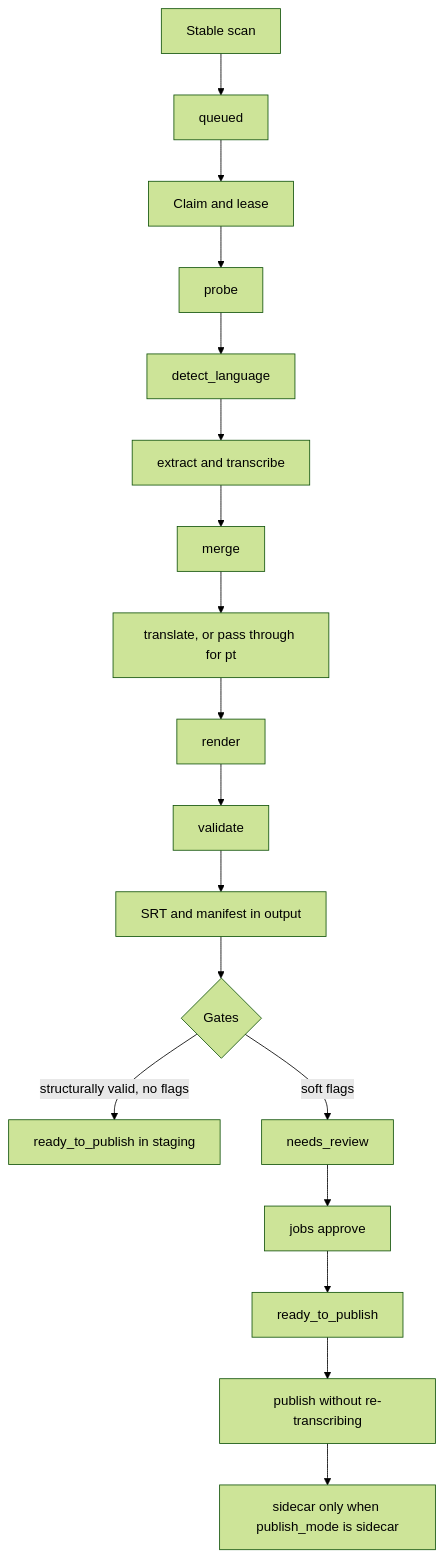
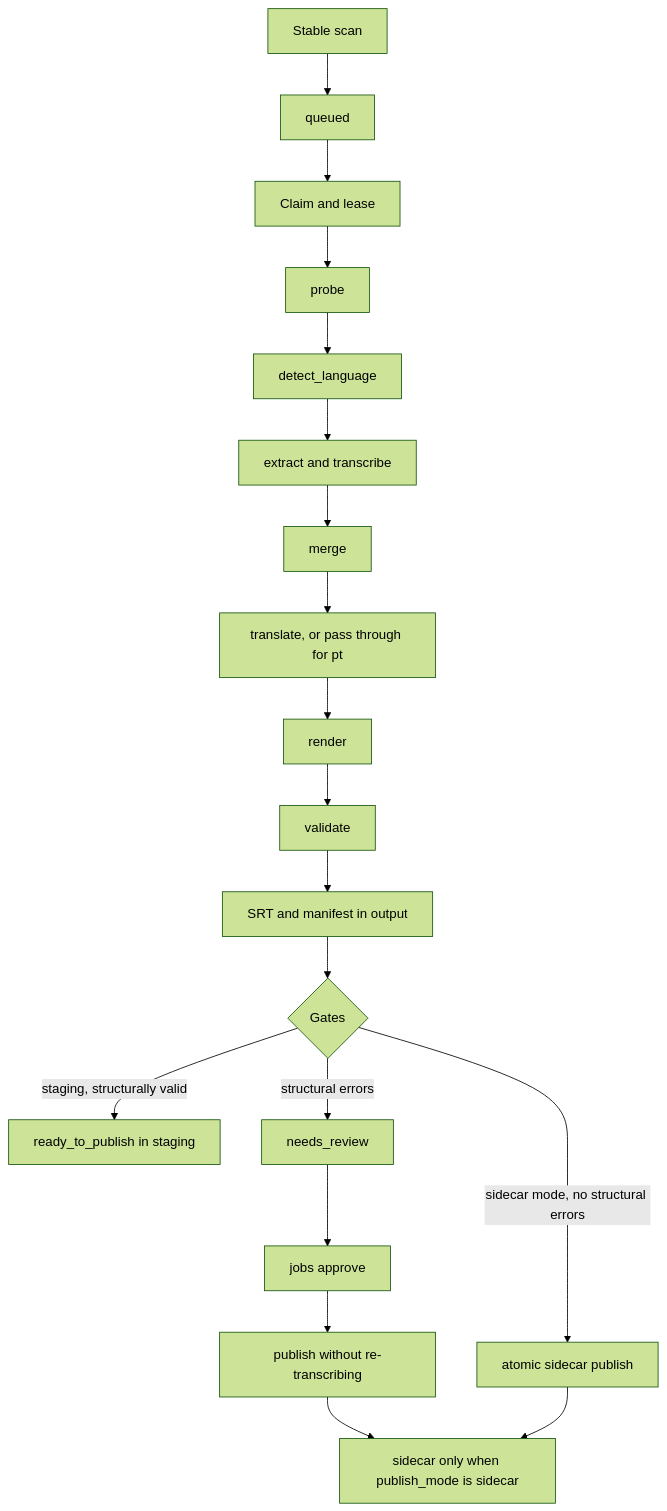
One commit to M-Guimaraes/subtitles changed the diagram in docs/architecture.md. Above: the diagram before and after it, drawn with Mermaid (forest theme). The commit also changed other lines of this file and 21 other files, not shown here.

First line of the commit message:
Turn the existing worker into a zero-touch daemon with sidecar publish.

````diff
--- a/docs/architecture.md
+++ b/docs/architecture.md
@@ -12,20 +12,21 @@
 ```mermaid
 flowchart TD
   scan[Stable scan] --> queued[queued]
   queued --> claim[Claim and lease]
   claim --> probe[probe]
   probe --> detect[detect_language]
   detect --> chunks[extract and transcribe]
   chunks --> merge[merge]
   merge --> translate[translate, or pass through for pt]
   translate --> render[render]
   render --> validate[validate]
   validate --> staging[SRT and manifest in output]
   staging --> review{Gates}
-  review -->|structurally valid, no flags| done[ready_to_publish in staging]
-  review -->|soft flags| needs[needs_review]
+  review -->|staging, structurally valid| ready[ready_to_publish in staging]
+  review -->|structural errors| needs[needs_review]
+  review -->|sidecar mode, no structural errors| autosidecar[atomic sidecar publish]
   needs --> approve[jobs approve]
-  approve --> ready[ready_to_publish]
-  ready --> publish[publish without re-transcribing]
+  approve --> publish[publish without re-transcribing]
   publish --> sidecar[sidecar only when publish_mode is sidecar]
+  autosidecar --> sidecar
 ```
````
